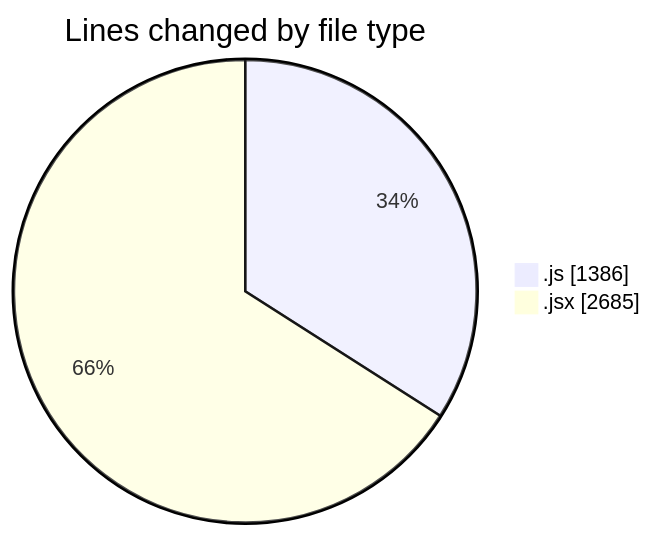
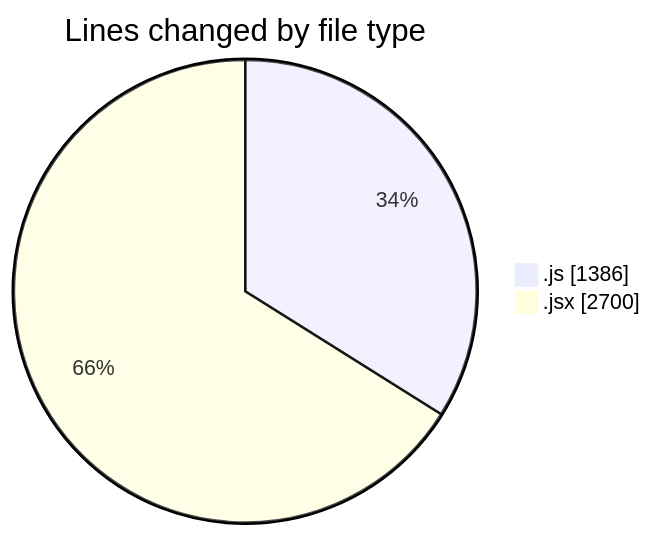
The first of 2 diagrams in 2025-07-29/nxtqube_webapp/README.md (nxtqubesakshisongat/code-tracking), drawn with Mermaid before and after one commit. The commit also changed other lines of this file and 1 other file, not shown here.

````diff
--- a/2025-07-29/nxtqube_webapp/README.md
+++ b/2025-07-29/nxtqube_webapp/README.md
@@ -31,6 +31,6 @@
 ```mermaid
 pie showData
 title Lines changed by file type
 ".js" : 1386
-".jsx" : 2685
+".jsx" : 2700
 ```
````
